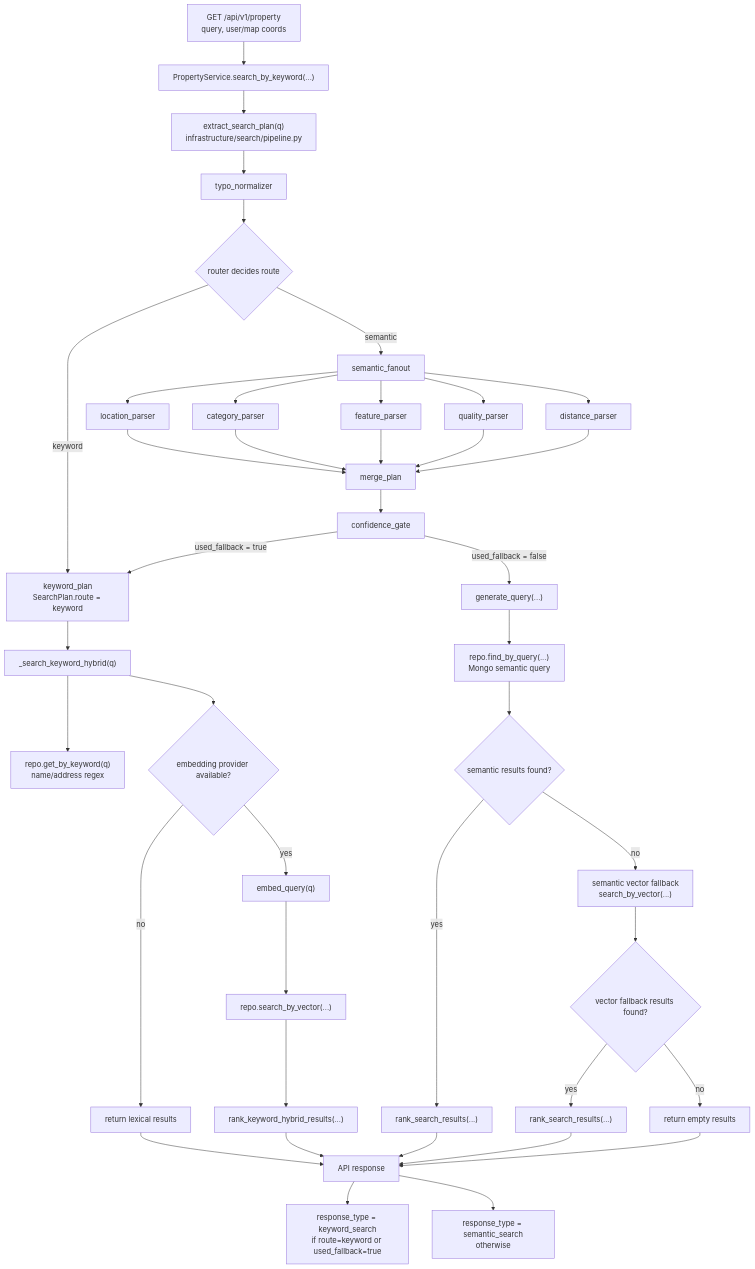
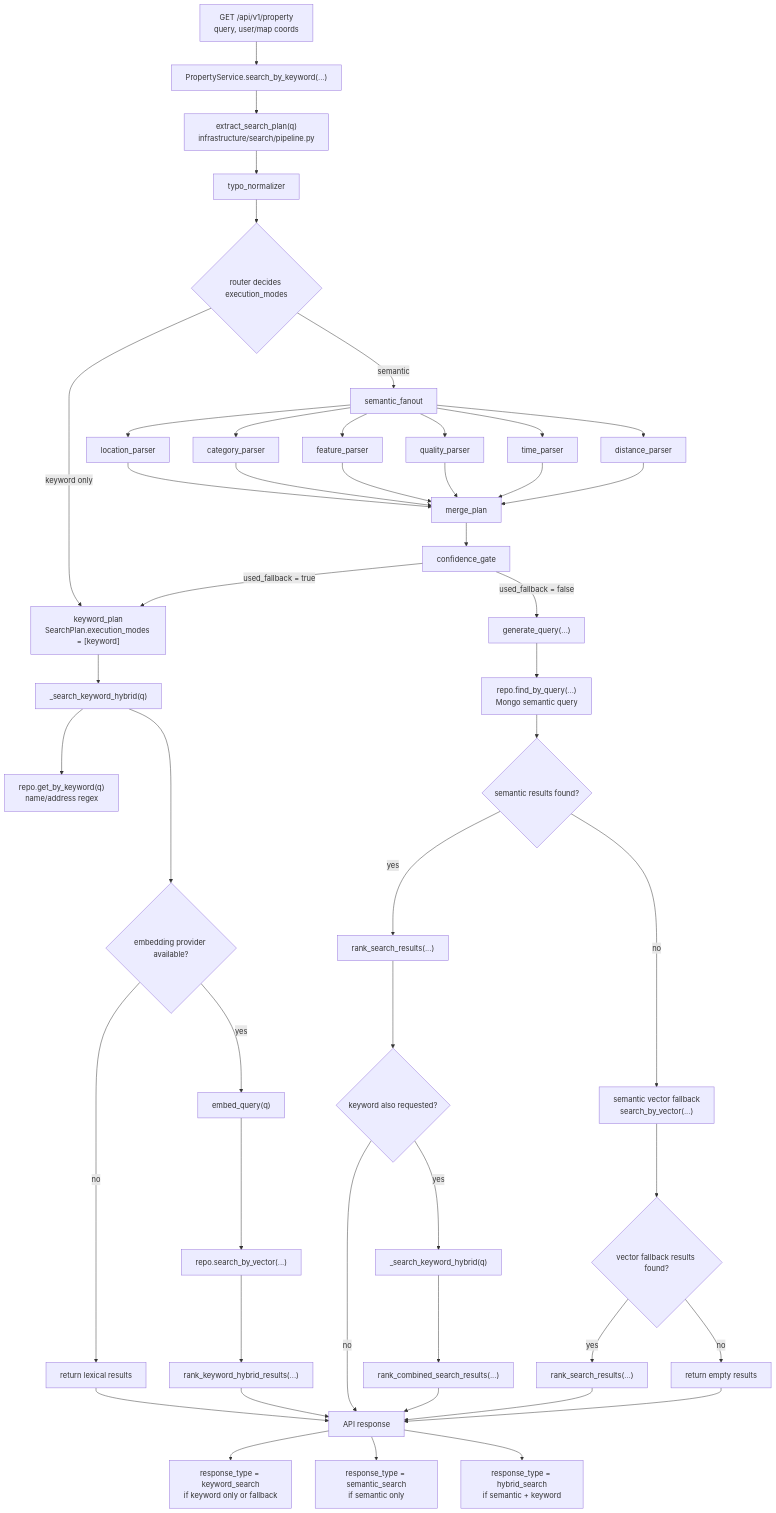
Before and after one commit to ben4932042/parking_pet_api: the diagram in docs/search/architecture.md, drawn with Mermaid. The commit also changed other lines of this file, not shown here.

First line of the commit message:
docs: Update architecture docs with time-based filters and execution modes

````diff
--- a/docs/search/architecture.md
+++ b/docs/search/architecture.md
@@ -73,58 +74,65 @@
 ```mermaid
 flowchart TD
     A["GET /api/v1/property<br/>query, user/map coords"] --> B["PropertyService.search_by_keyword(...)"]
 
     B --> C["extract_search_plan(q)<br/>infrastructure/search/pipeline.py"]
 
     C --> D["typo_normalizer"]
-    D --> E{"router decides route"}
+    D --> E{"router decides execution_modes"}
 
-    E -->|keyword| F["keyword_plan<br/>SearchPlan.route = keyword"]
+    E -->|keyword only| F["keyword_plan<br/>SearchPlan.execution_modes = [keyword]"]
     E -->|semantic| G["semantic_fanout"]
 
     G --> H["location_parser"]
     G --> I["category_parser"]
     G --> J["feature_parser"]
     G --> K["quality_parser"]
-    G --> L["distance_parser"]
+    G --> L["time_parser"]
+    G --> MM["distance_parser"]
 
     H --> M["merge_plan"]
     I --> M
     J --> M
     K --> M
     L --> M
+    MM --> M
 
     M --> N["confidence_gate"]
 
     N -->|used_fallback = true| F
     N -->|used_fallback = false| O["generate_query(...)"]
 
     O --> P["repo.find_by_query(...)<br/>Mongo semantic query"]
     P --> Q{"semantic results found?"}
 
     Q -->|yes| R["rank_search_results(...)"]
     Q -->|no| S["semantic vector fallback<br/>search_by_vector(...)"]
 
     S --> T{"vector fallback results found?"}
     T -->|yes| U["rank_search_results(...)"]
     T -->|no| V["return empty results"]
 
     F --> W["_search_keyword_hybrid(q)"]
 
     W --> X["repo.get_by_keyword(q)<br/>name/address regex"]
     W --> Y{"embedding provider available?"}
 
     Y -->|no| Z["return lexical results"]
     Y -->|yes| AA["embed_query(q)"]
     AA --> AB["repo.search_by_vector(...)"]
     AB --> AC["rank_keyword_hybrid_results(...)"]
 
-    R --> AD["API response"]
+    R --> AH{"keyword also requested?"}
+    AH -->|no| AD["API response"]
+    AH -->|yes| AI["_search_keyword_hybrid(q)"]
+    AI --> AJ["rank_combined_search_results(...)"]
     U --> AD
     V --> AD
     Z --> AD
     AC --> AD
+    AJ --> AD
 
-    AD --> AE["response_type = keyword_search<br/>if route=keyword or used_fallback=true"]
-    AD --> AF["response_type = semantic_search<br/>otherwise"]
+    AD --> AE["response_type = keyword_search<br/>if keyword only or fallback"]
+    AD --> AF["response_type = semantic_search<br/>if semantic only"]
+    AD --> AG["response_type = hybrid_search<br/>if semantic + keyword"]
 ```
````
